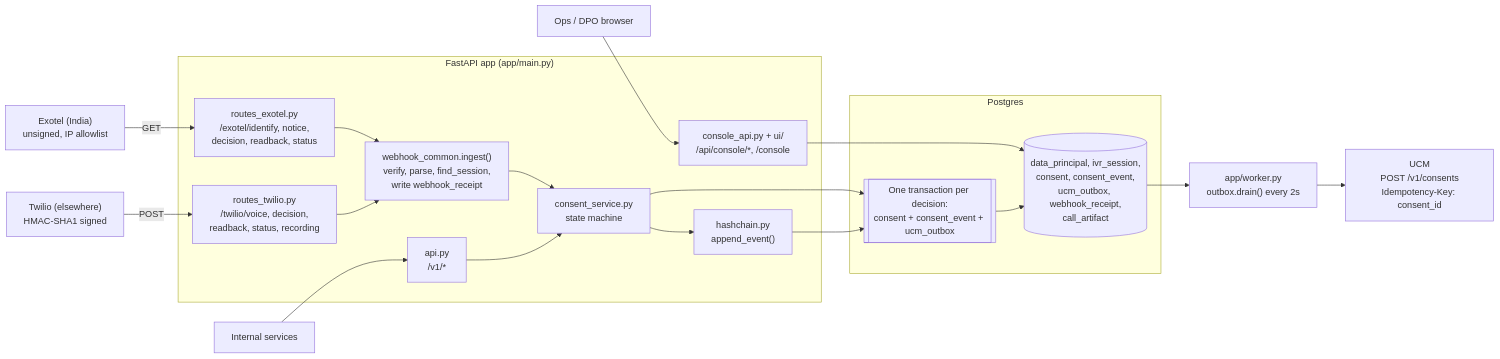
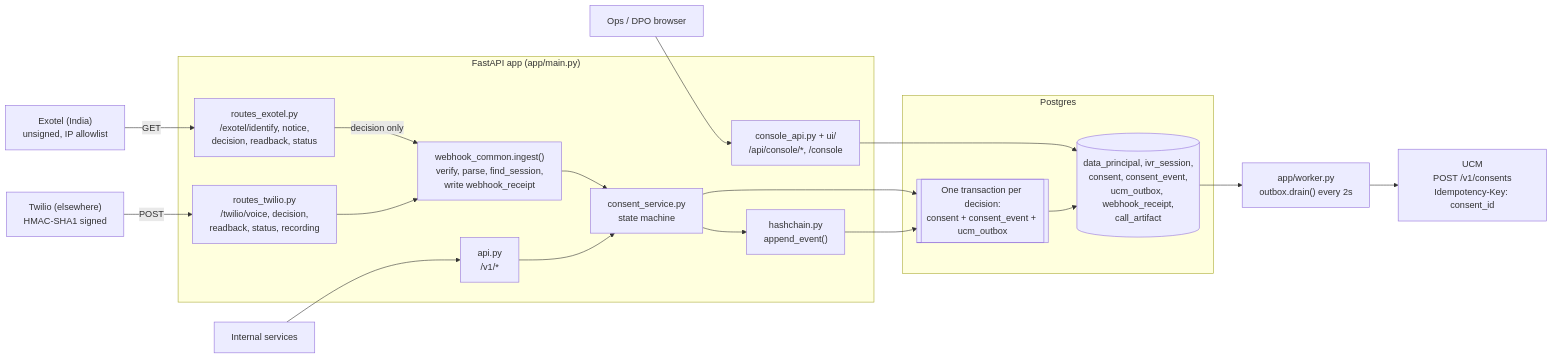
One commit to ajitbubu/IVR-consent-collection changed the first of 6 diagrams in doc/architecture.md. Above: the diagram before and after it, drawn with Mermaid. The commit also changed other lines of this file and 4 other files, not shown here.

````diff
--- a/doc/architecture.md
+++ b/doc/architecture.md
@@ -13,38 +13,38 @@
 ```mermaid
 flowchart LR
     exotel["Exotel (India)<br/>unsigned, IP allowlist"]
     twilio["Twilio (elsewhere)<br/>HMAC-SHA1 signed"]
     svc["Internal services"]
     ops["Ops / DPO browser"]
 
     subgraph app["FastAPI app (app/main.py)"]
         rex["routes_exotel.py<br/>/exotel/identify, notice,<br/>decision, readback, status"]
         rtw["routes_twilio.py<br/>/twilio/voice, decision,<br/>readback, status, recording"]
         ingest["webhook_common.ingest()<br/>verify, parse, find_session,<br/>write webhook_receipt"]
         api["api.py<br/>/v1/*"]
         console["console_api.py + ui/<br/>/api/console/*, /console"]
         cs["consent_service.py<br/>state machine"]
         hc["hashchain.py<br/>append_event()"]
     end
 
     subgraph pg["Postgres"]
         tx[["One transaction per decision:<br/>consent + consent_event + ucm_outbox"]]
         tables[("data_principal, ivr_session,<br/>consent, consent_event,<br/>ucm_outbox, webhook_receipt,<br/>call_artifact")]
     end
 
     worker["app/worker.py<br/>outbox.drain() every 2s"]
     ucm["UCM<br/>POST /v1/consents<br/>Idempotency-Key: consent_id"]
 
     exotel -- GET --> rex
     twilio -- POST --> rtw
-    rex --> ingest
+    rex -->|decision only| ingest
     rtw --> ingest
     ingest --> cs
     svc --> api --> cs
     ops --> console --> tables
     cs --> hc
     cs --> tx
     hc --> tx
     tx --> tables
     tables --> worker --> ucm
 ```
````
